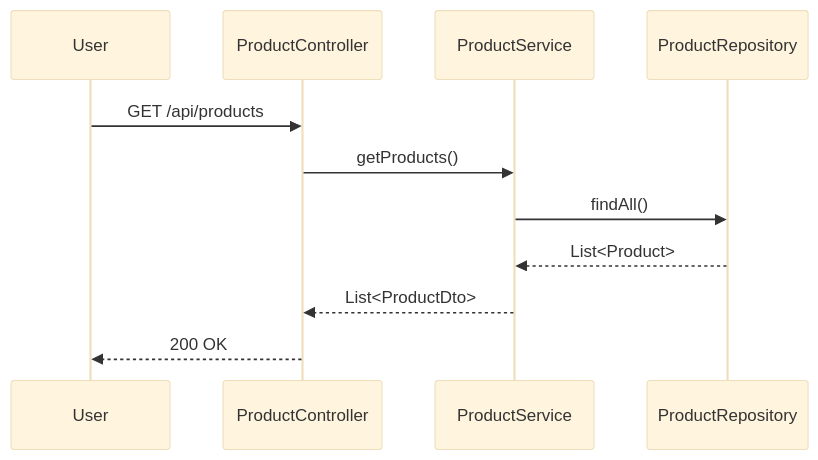
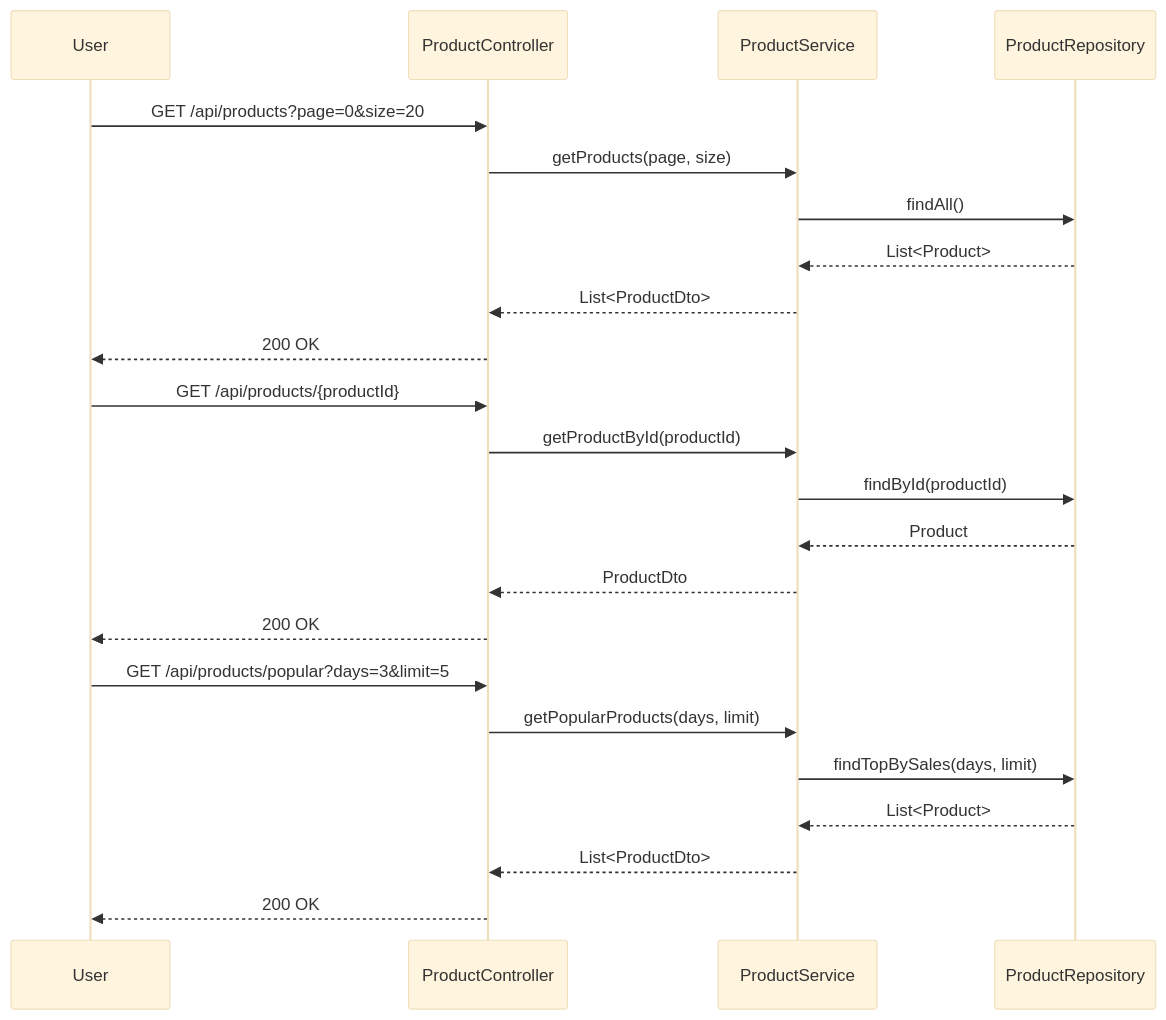
The diagram in docs/diagrams/product/product.mmd (hansu88/tdd-erd), drawn with Mermaid (base theme) before and after one commit. The commit also changed 1 other file, not shown here.

Commit message:
"docs: 상품, 주문에 대한 시퀀스다이어그램 추가"

```diff
--- a/docs/diagrams/product/product.mmd
+++ b/docs/diagrams/product/product.mmd
@@ -1,12 +1,26 @@
 sequenceDiagram
     participant User
     participant ProductController
     participant ProductService
     participant ProductRepository
 
-    User->>ProductController: GET /api/products
-    ProductController->>ProductService: getProducts()
+    User->>ProductController: GET /api/products?page=0&size=20
+    ProductController->>ProductService: getProducts(page, size)
     ProductService->>ProductRepository: findAll()
     ProductRepository-->>ProductService: List<Product>
     ProductService-->>ProductController: List<ProductDto>
     ProductController-->>User: 200 OK
+
+    User->>ProductController: GET /api/products/{productId}
+    ProductController->>ProductService: getProductById(productId)
+    ProductService->>ProductRepository: findById(productId)
+    ProductRepository-->>ProductService: Product
+    ProductService-->>ProductController: ProductDto
+    ProductController-->>User: 200 OK
+
+    User->>ProductController: GET /api/products/popular?days=3&limit=5
+    ProductController->>ProductService: getPopularProducts(days, limit)
+    ProductService->>ProductRepository: findTopBySales(days, limit)
+    ProductRepository-->>ProductService: List<Product>
+    ProductService-->>ProductController: List<ProductDto>
+    ProductController-->>User: 200 OK
```
